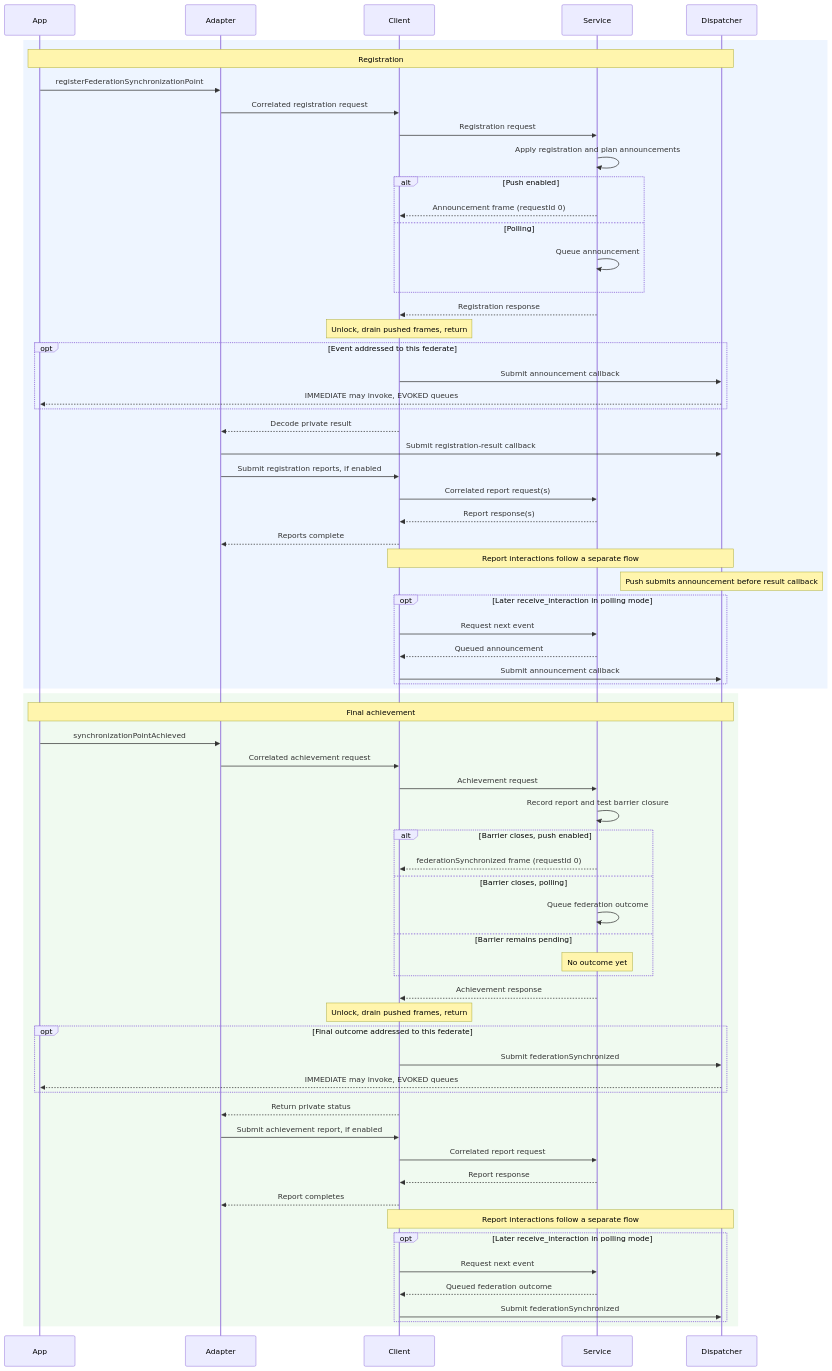
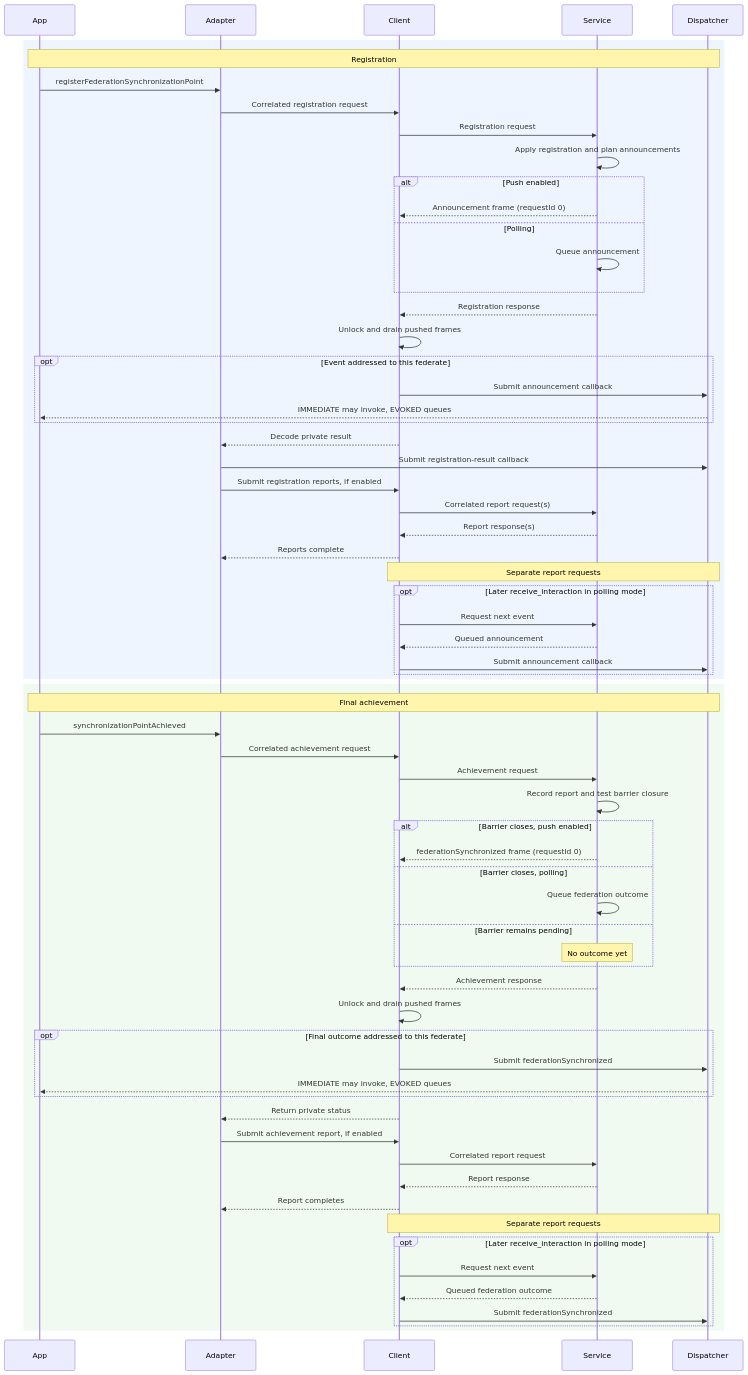
One commit to sheepfling/umbra changed diagram 23 of 24 in docs/design/HLA-2025-CALLBACK-AND-SERVICE-ORDERING-FLOW-GUIDE.md. Above: the diagram before and after it, drawn with Mermaid. The commit also changed other lines of this file and 39 other files, not shown here.

Commit message:
Document IEEE 1516.1-2025 behavior flows

````diff
--- a/docs/design/HLA-2025-CALLBACK-AND-SERVICE-ORDERING-FLOW-GUIDE.md
+++ b/docs/design/HLA-2025-CALLBACK-AND-SERVICE-ORDERING-FLOW-GUIDE.md
@@ -1105,72 +1711,72 @@
 ```mermaid
 sequenceDiagram
   participant F as App
   participant A as Adapter
   participant C as Client
   participant S as Service
   participant D as Dispatcher
 
   rect rgb(238, 245, 255)
     Note over F,D: Registration
     F->>A: registerFederationSynchronizationPoint
     A->>C: Correlated registration request
     C->>S: Registration request
     S->>S: Apply registration and plan announcements
     alt Push enabled
       S-->>C: Announcement frame (requestId 0)
     else Polling
       S->>S: Queue announcement
     end
     S-->>C: Registration response
-    Note over C: Unlock, drain pushed frames, return
+    C->>C: Unlock and drain pushed frames
     opt Event addressed to this federate
       C->>D: Submit announcement callback
       D-->>F: IMMEDIATE may invoke, EVOKED queues
     end
     C-->>A: Decode private result
     A->>D: Submit registration-result callback
     A->>C: Submit registration reports, if enabled
     C->>S: Correlated report request(s)
     S-->>C: Report response(s)
     C-->>A: Reports complete
-    Note over C,D: Report interactions follow a separate flow
-    Note over D: Push submits announcement before result callback
+    Note over C,D: Separate report requests
+
     opt Later receive_interaction in polling mode
       C->>S: Request next event
       S-->>C: Queued announcement
       C->>D: Submit announcement callback
     end
   end
 
   rect rgb(240, 250, 240)
     Note over F,D: Final achievement
     F->>A: synchronizationPointAchieved
     A->>C: Correlated achievement request
     C->>S: Achievement request
     S->>S: Record report and test barrier closure
     alt Barrier closes, push enabled
       S-->>C: federationSynchronized frame (requestId 0)
     else Barrier closes, polling
       S->>S: Queue federation outcome
     else Barrier remains pending
       Note over S: No outcome yet
     end
     S-->>C: Achievement response
-    Note over C: Unlock, drain pushed frames, return
+    C->>C: Unlock and drain pushed frames
     opt Final outcome addressed to this federate
       C->>D: Submit federationSynchronized
       D-->>F: IMMEDIATE may invoke, EVOKED queues
     end
     C-->>A: Return private status
     A->>C: Submit achievement report, if enabled
     C->>S: Correlated report request
     S-->>C: Report response
     C-->>A: Report completes
-    Note over C,D: Report interactions follow a separate flow
+    Note over C,D: Separate report requests
     opt Later receive_interaction in polling mode
       C->>S: Request next event
       S-->>C: Queued federation outcome
       C->>D: Submit federationSynchronized
     end
   end
 ```
````
